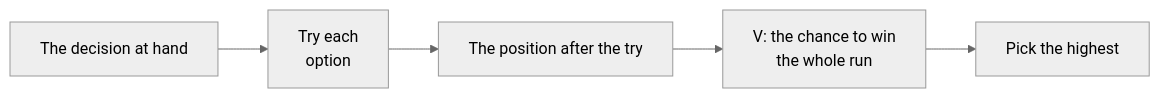
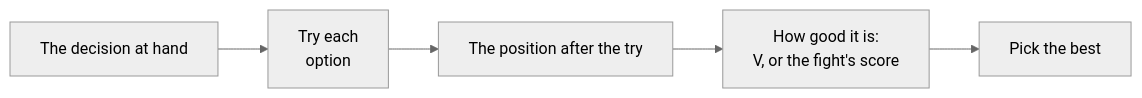
One commit to shinnku-nikaidou/spire-zero changed the diagram in docs/src/content/docs/idea.mdx. Above: the diagram before and after it, drawn with Mermaid (neutral theme). The commit also changed other lines of this file and 21 other files, not shown here.

````diff
--- a/docs/src/content/docs/idea.mdx
+++ b/docs/src/content/docs/idea.mdx
@@ -8,7 +8,7 @@
 ```mermaid
 flowchart LR
   D["The decision at hand"] --> T["Try each<br/>option"]
   T --> S["The position after the try"]
-  S --> V["V: the chance to win<br/>the whole run"]
-  V --> B["Pick the highest"]
+  S --> V["How good it is:<br/>V, or the fight's score"]
+  V --> B["Pick the best"]
 ```
````
